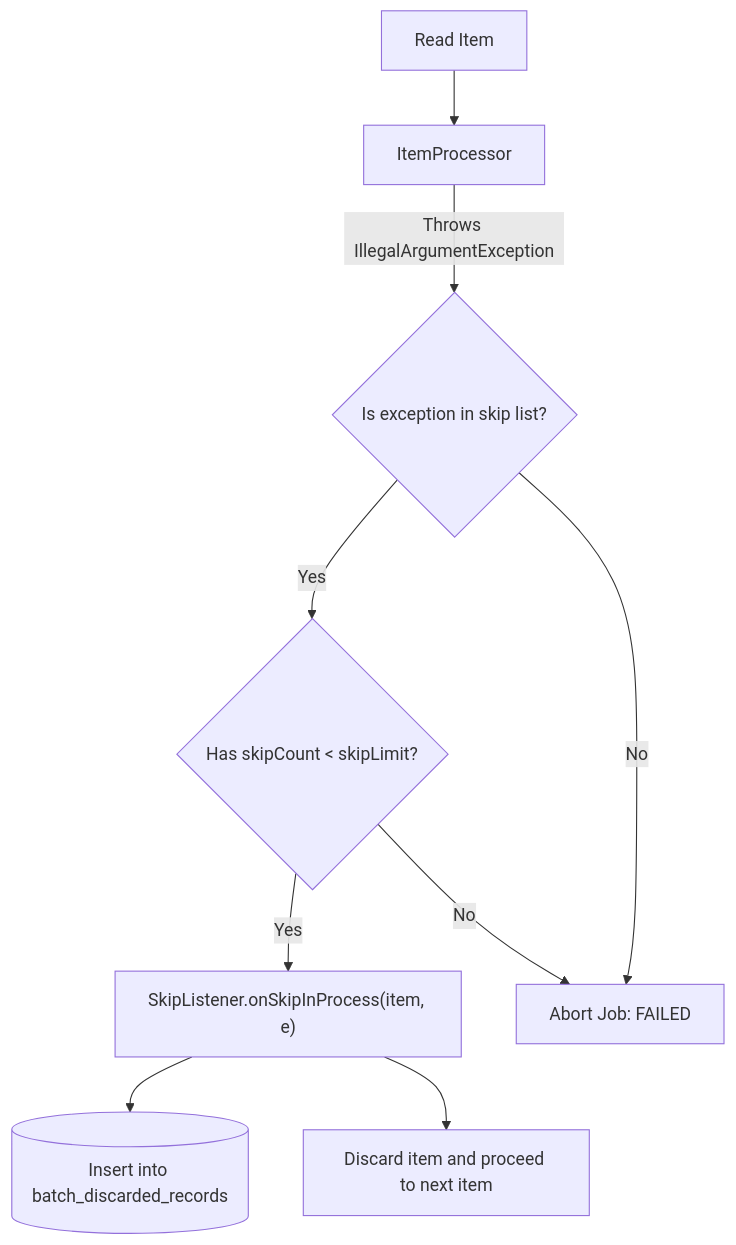
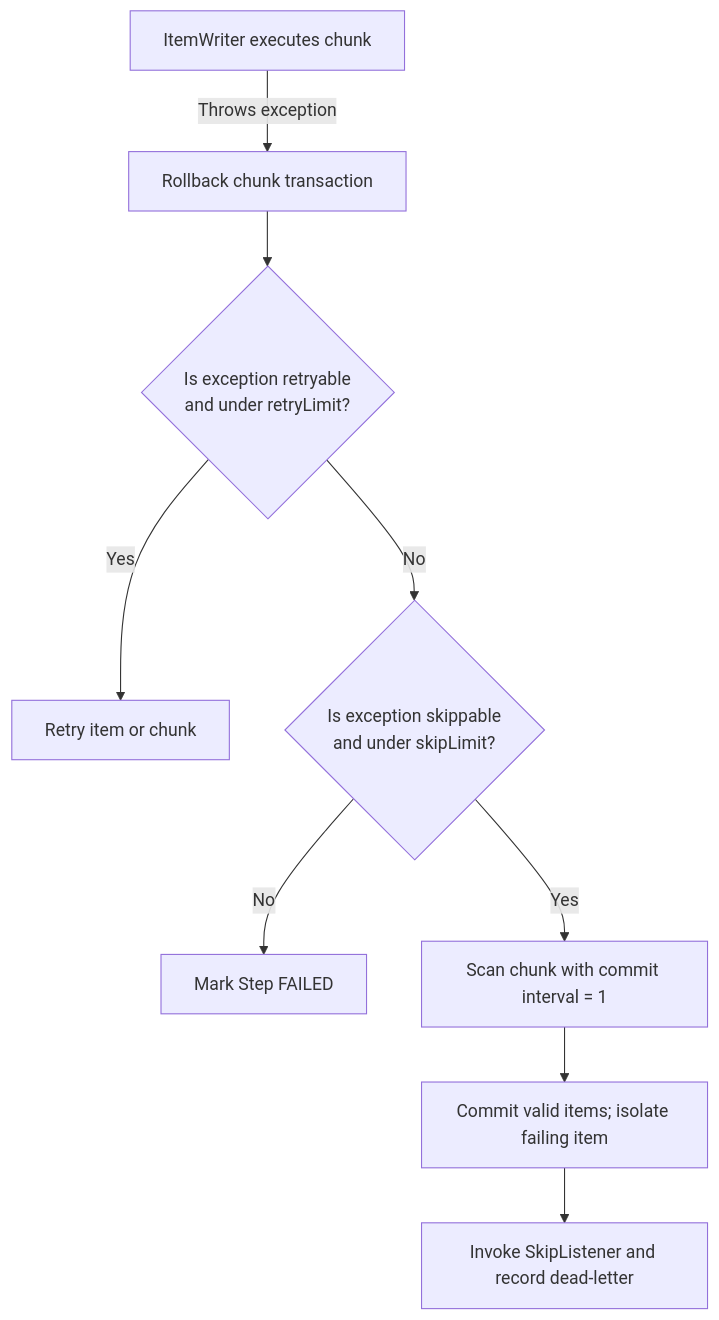
Before and after one commit to ravishankar2463/java_hub: the third of 4 diagrams in content/roadmap/level-8/spring-batch-chunk-processing.md, drawn with Mermaid. The commit also changed other lines of this file and 119 other files, not shown here.

Commit message:
feat: add comprehensive java learning roadmap content across multiple levels

````diff
--- a/content/roadmap/level-8/spring-batch-chunk-processing.md
+++ b/content/roadmap/level-8/spring-batch-chunk-processing.md
@@ -276,11 +310,11 @@
 ```mermaid
 flowchart TD
-    Item["Read Item"] --> Processor["ItemProcessor"]
-    Processor -->|"Throws IllegalArgumentException"| CheckSkip{"Is exception in skip list?"}
-    CheckSkip -- Yes --> SkipCount{"Has skipCount < skipLimit?"}
-    SkipCount -- Yes --> Listener["SkipListener.onSkipInProcess(item, e)"]
-    Listener --> DLQ[("Insert into batch_discarded_records")]
-    Listener --> Next["Discard item and proceed to next item"]
-    SkipCount -- No --> Abort["Abort Job: FAILED"]
-    CheckSkip -- No --> Abort
+    Write["ItemWriter executes chunk"] -->|"Throws exception"| Rollback["Rollback chunk transaction"]
+    Rollback --> RetryCheck{"Is exception retryable<br/>and under retryLimit?"}
+    RetryCheck -->|"Yes"| Retry["Retry item or chunk"]
+    RetryCheck -->|"No"| SkipCheck{"Is exception skippable<br/>and under skipLimit?"}
+    SkipCheck -->|"No"| Fail["Mark Step FAILED"]
+    SkipCheck -->|"Yes"| Scan["Scan chunk with commit interval = 1"]
+    Scan --> Isolate["Commit valid items; isolate failing item"]
+    Isolate --> Listener["Invoke SkipListener and record dead-letter"]
 ```
````
